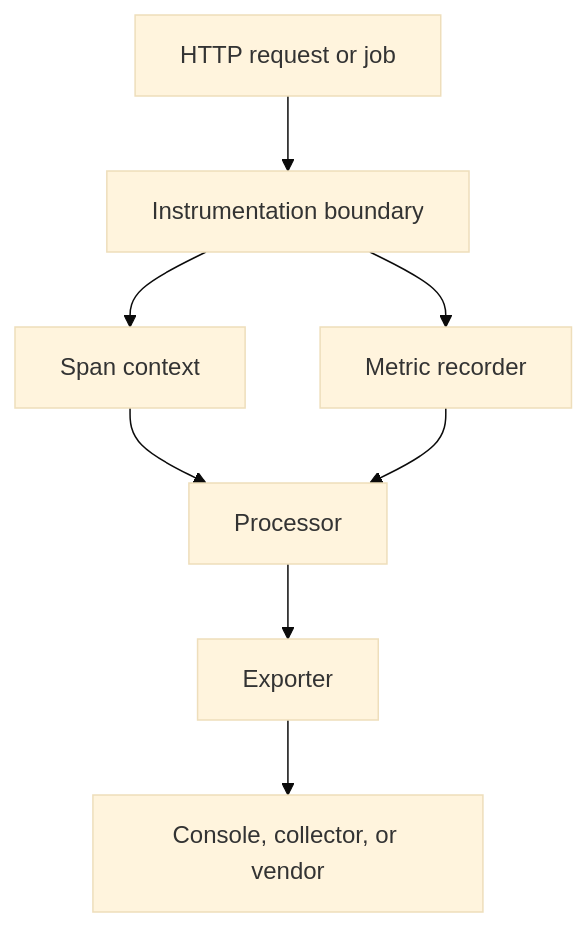
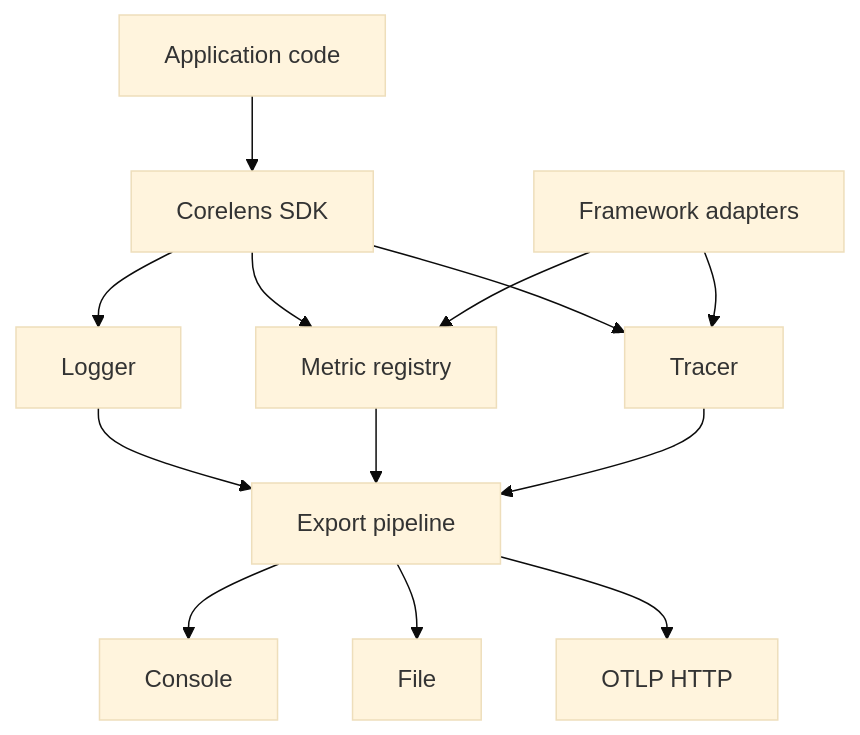
Before and after one commit to Varsilias/varsilias.dev: the diagram in corelens/architecture.mdx, drawn with Mermaid (base theme). The commit also changed other lines of this file and 28 other files, not shown here.

````diff
--- a/corelens/architecture.mdx
+++ b/corelens/architecture.mdx
@@ -16,10 +16,15 @@
 ```mermaid
 flowchart TD
-  A[HTTP request or job] --> B[Instrumentation boundary]
-  B --> C[Span context]
-  B --> D[Metric recorder]
-  C --> E[Processor]
-  D --> E
-  E --> F[Exporter]
-  F --> G[Console, collector, or vendor]
+  A[Application code] --> B[Corelens SDK]
+  B --> C[Logger]
+  B --> D[Metric registry]
+  B --> E[Tracer]
+  F[Framework adapters] --> D
+  F --> E
+  C --> G[Export pipeline]
+  D --> G
+  E --> G
+  G --> H[Console]
+  G --> I[File]
+  G --> J[OTLP HTTP]
 ```
````
